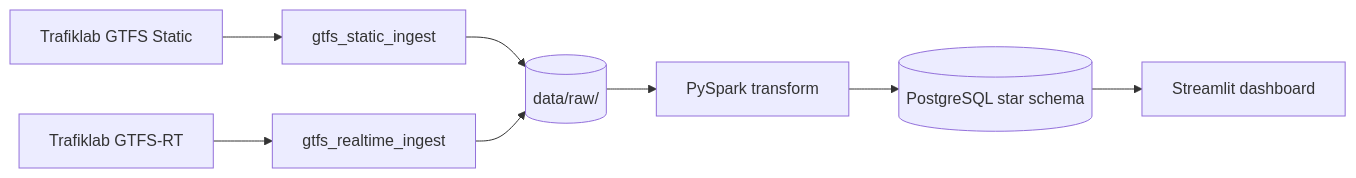
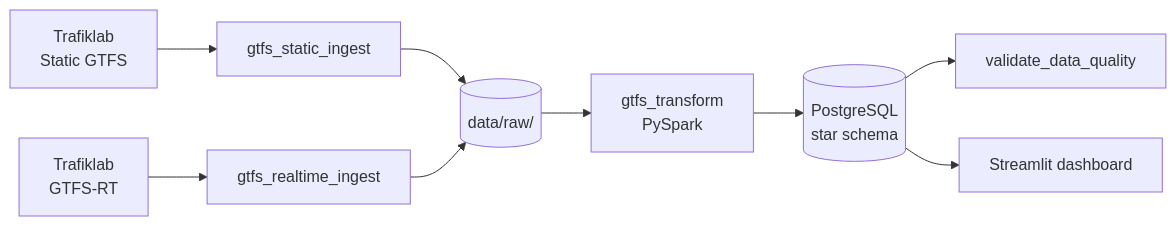
One commit to gvarun20/Real_Time_Delay_Analytics_Swedish_Public_Transport changed the diagram in README.md. Above: the diagram before and after it, drawn with Mermaid. The commit also changed other lines of this file, not shown here.

Commit message:
docs: rewrite README with problem, goals, architecture, and 4-week progress

````diff
--- a/README.md
+++ b/README.md
@@ -18,10 +106,11 @@
 ```mermaid
 flowchart LR
-    TL_STATIC[Trafiklab GTFS Static] --> DAG1[gtfs_static_ingest]
-    TL_RT[Trafiklab GTFS-RT] --> DAG2[gtfs_realtime_ingest]
-    DAG1 --> RAW[(data/raw/)]
-    DAG2 --> RAW
-    RAW --> SPARK[PySpark transform]
-    SPARK --> PG[(PostgreSQL star schema)]
-    PG --> ST[Streamlit dashboard]
+    A[Trafiklab<br/>Static GTFS] --> B[gtfs_static_ingest]
+    C[Trafiklab<br/>GTFS-RT] --> D[gtfs_realtime_ingest]
+    B --> E[(data/raw/)]
+    D --> E
+    E --> F[gtfs_transform<br/>PySpark]
+    F --> G[(PostgreSQL<br/>star schema)]
+    G --> H[validate_data_quality]
+    G --> I[Streamlit dashboard]
 ```
````
